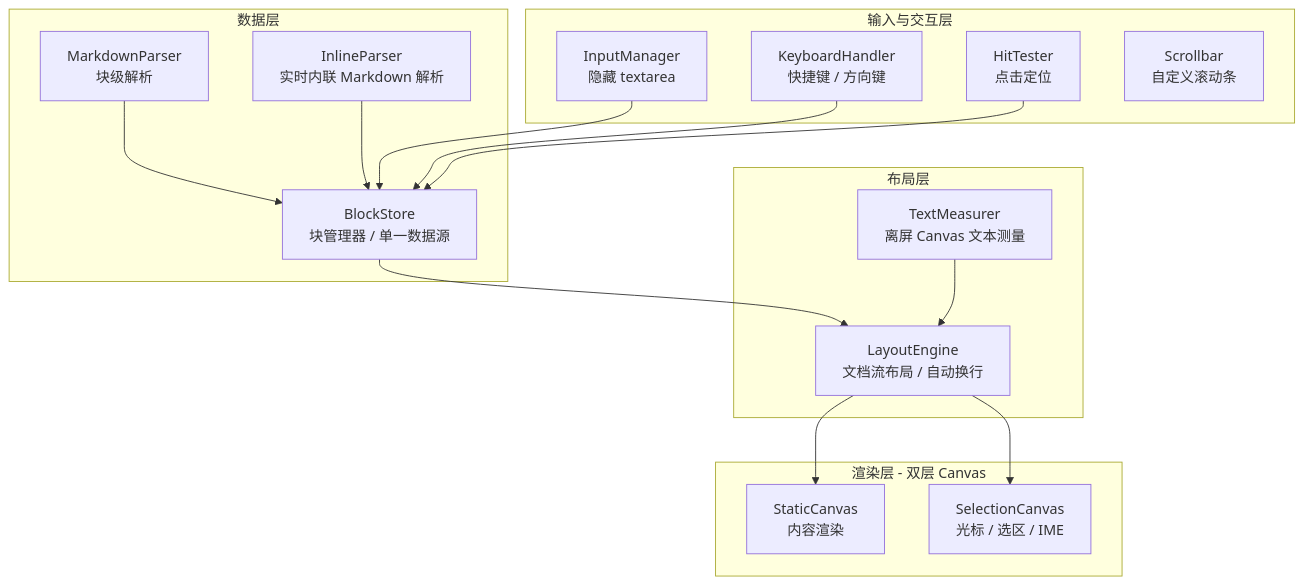
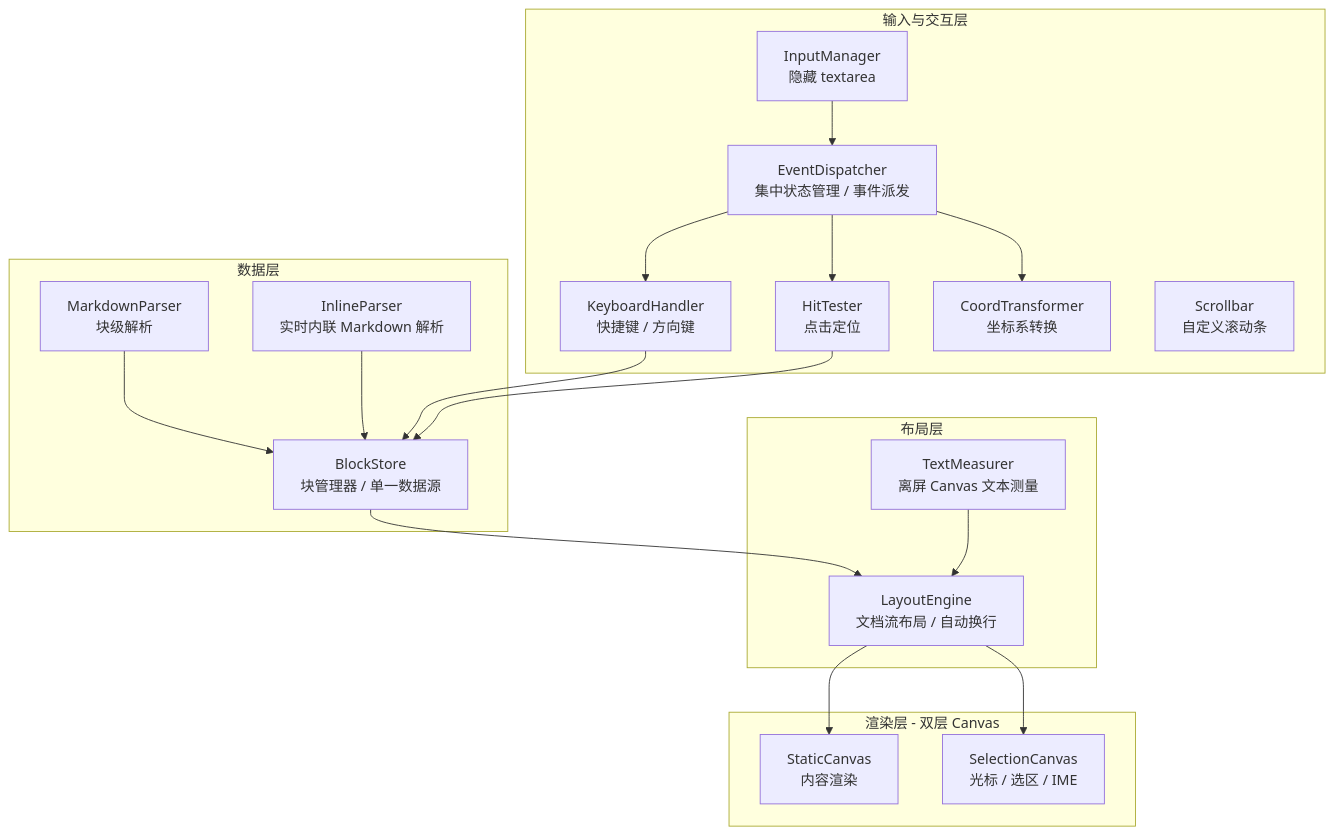
Before and after one commit to symant233/canvas-markdown-editor: the first of 5 diagrams in README.md, drawn with Mermaid. The commit also changed other lines of this file and 2 other files, not shown here.

First line of the commit message:
docs: add EventDispatcher/CoordTransformer to README and include design plans

````diff
--- a/README.md
+++ b/README.md
@@ -7,35 +7,40 @@
 ```mermaid
 graph TB
   subgraph DataLayer ["数据层"]
     BlockStore["BlockStore<br/>块管理器 / 单一数据源"]
     InlineParser["InlineParser<br/>实时内联 Markdown 解析"]
     MarkdownParser["MarkdownParser<br/>块级解析"]
   end
 
   subgraph LayoutLayer ["布局层"]
     TextMeasurer["TextMeasurer<br/>离屏 Canvas 文本测量"]
     LayoutEngine["LayoutEngine<br/>文档流布局 / 自动换行"]
   end
 
   subgraph RenderLayer ["渲染层 - 双层 Canvas"]
     StaticCanvas["StaticCanvas<br/>内容渲染"]
     SelectionCanvas["SelectionCanvas<br/>光标 / 选区 / IME"]
   end
 
   subgraph InputLayer ["输入与交互层"]
+    EventDispatcher["EventDispatcher<br/>集中状态管理 / 事件派发"]
     InputManager["InputManager<br/>隐藏 textarea"]
     KeyboardHandler["KeyboardHandler<br/>快捷键 / 方向键"]
     HitTester["HitTester<br/>点击定位"]
+    CoordTransformer["CoordTransformer<br/>坐标系转换"]
     Scrollbar["Scrollbar<br/>自定义滚动条"]
   end
 
   MarkdownParser --> BlockStore
   InlineParser --> BlockStore
   BlockStore --> LayoutEngine
   TextMeasurer --> LayoutEngine
   LayoutEngine --> StaticCanvas
   LayoutEngine --> SelectionCanvas
-  InputManager --> BlockStore
+  InputManager --> EventDispatcher
+  EventDispatcher --> KeyboardHandler
+  EventDispatcher --> HitTester
+  EventDispatcher --> CoordTransformer
   KeyboardHandler --> BlockStore
   HitTester --> BlockStore
 ```
````
